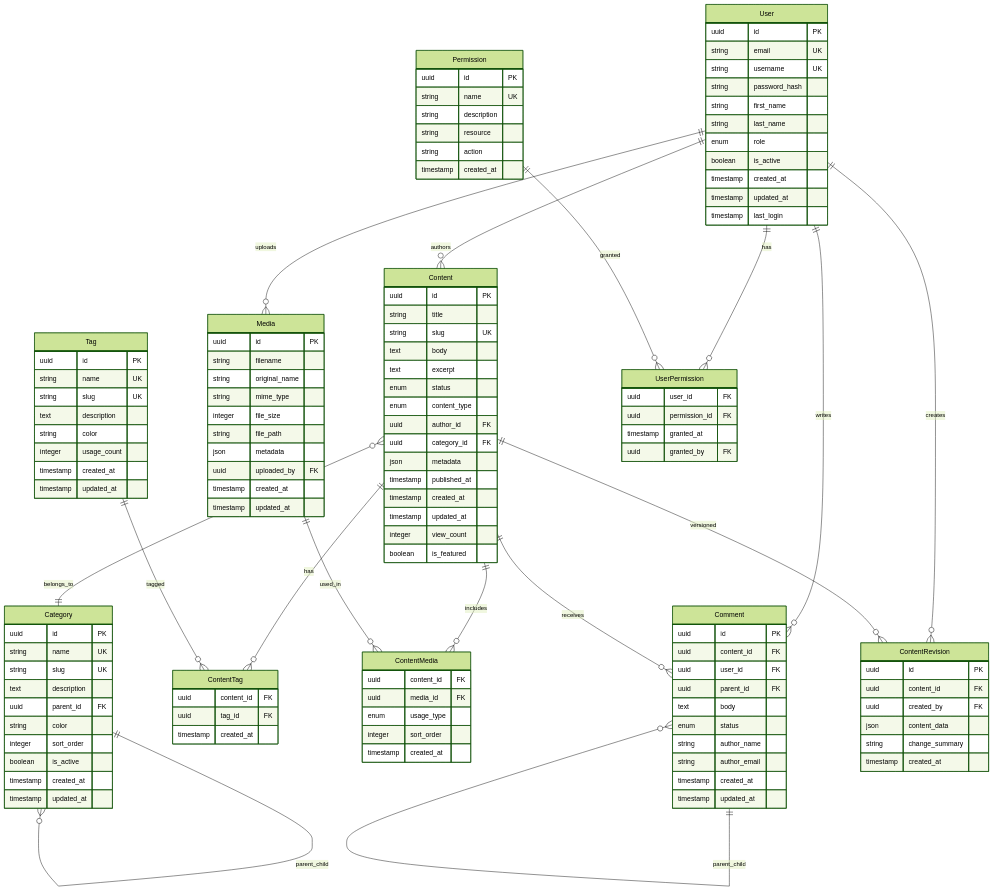
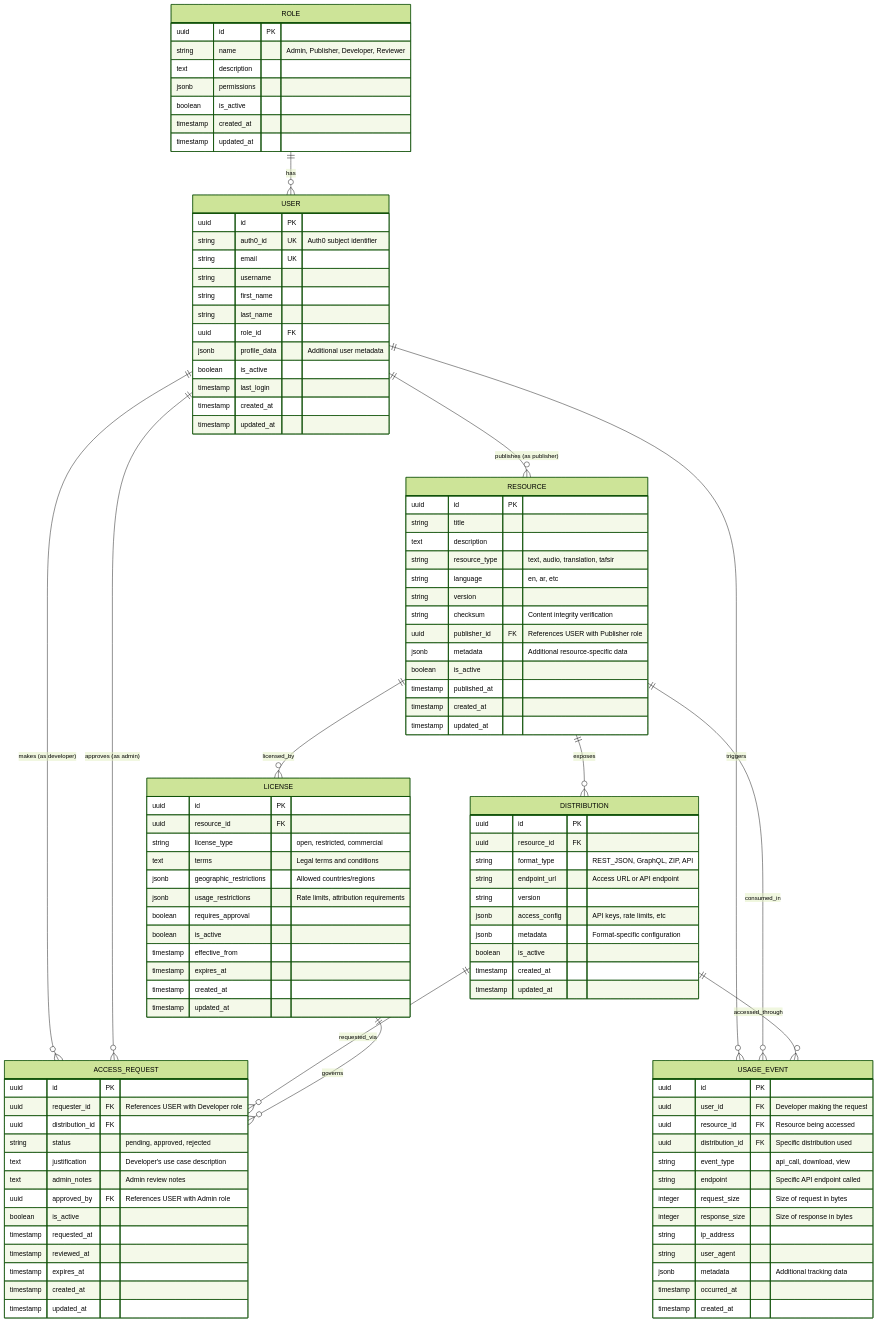
The diagram in docs/diagrams/level4-data-models.md (Itqan-community/cms-backend), drawn with Mermaid (forest theme) before and after one commit. The commit also changed other lines of this file and 109 other files, not shown here.

````diff
--- a/docs/diagrams/level4-data-models.md
+++ b/docs/diagrams/level4-data-models.md
@@ -6,149 +6,121 @@
 ```mermaid
 erDiagram
-    %% Core Content Entities
-    User {
+    %% Core Entities matching high-level-db-components-relationship.png
+    
+    ROLE {
         uuid id PK
-        string email UK
-        string username UK
-        string password_hash
-        string first_name
-        string last_name
-        enum role
-        boolean is_active
-        timestamp created_at
-        timestamp updated_at
-        timestamp last_login
-    }
-    
-    Content {
-        uuid id PK
-        string title
-        string slug UK
-        text body
-        text excerpt
-        enum status
-        enum content_type
-        uuid author_id FK
-        uuid category_id FK
-        json metadata
-        timestamp published_at
-        timestamp created_at
-        timestamp updated_at
-        integer view_count
-        boolean is_featured
-    }
-    
-    Category {
-        uuid id PK
-        string name UK
-        string slug UK
+        string name "Admin, Publisher, Developer, Reviewer"
         text description
-        uuid parent_id FK
-        string color
-        integer sort_order
+        jsonb permissions
         boolean is_active
         timestamp created_at
         timestamp updated_at
     }
     
-    Tag {
+    USER {
         uuid id PK
-        string name UK
-        string slug UK
-        text description
-        string color
-        integer usage_count
+        string auth0_id UK "Auth0 subject identifier"
+        string email UK
+        string username
+        string first_name
+        string last_name
+        uuid role_id FK
+        jsonb profile_data "Additional user metadata"
+        boolean is_active
+        timestamp last_login
         timestamp created_at
         timestamp updated_at
     }
     
-    ContentTag {
-        uuid content_id FK
-        uuid tag_id FK
-        timestamp created_at
-    }
-    
-    Media {
+    RESOURCE {
         uuid id PK
-        string filename
-        string original_name
-        string mime_type
-        integer file_size
-        string file_path
-        json metadata
-        uuid uploaded_by FK
+        string title
+        text description
+        string resource_type "text, audio, translation, tafsir"
+        string language "en, ar, etc"
+        string version
+        string checksum "Content integrity verification"
+        uuid publisher_id FK "References USER with Publisher role"
+        jsonb metadata "Additional resource-specific data"
+        boolean is_active
+        timestamp published_at
         timestamp created_at
         timestamp updated_at
     }
     
-    ContentMedia {
-        uuid content_id FK
-        uuid media_id FK
-        enum usage_type
-        integer sort_order
-        timestamp created_at
-    }
-    
-    Comment {
+    LICENSE {
         uuid id PK
-        uuid content_id FK
-        uuid user_id FK
-        uuid parent_id FK
-        text body
-        enum status
-        string author_name
-        string author_email
+        uuid resource_id FK
+        string license_type "open, restricted, commercial"
+        text terms "Legal terms and conditions"
+        jsonb geographic_restrictions "Allowed countries/regions"
+        jsonb usage_restrictions "Rate limits, attribution requirements"
+        boolean requires_approval
+        boolean is_active
+        timestamp effective_from
+        timestamp expires_at
         timestamp created_at
         timestamp updated_at
     }
     
-    ContentRevision {
+    DISTRIBUTION {
         uuid id PK
-        uuid content_id FK
-        uuid created_by FK
-        json content_data
-        string change_summary
+        uuid resource_id FK
+        string format_type "REST_JSON, GraphQL, ZIP, API"
+        string endpoint_url "Access URL or API endpoint"
+        string version
+        jsonb access_config "API keys, rate limits, etc"
+        jsonb metadata "Format-specific configuration"
+        boolean is_active
+        timestamp created_at
+        timestamp updated_at
+    }
+    
+    ACCESS_REQUEST {
+        uuid id PK
+        uuid requester_id FK "References USER with Developer role"
+        uuid distribution_id FK
+        string status "pending, approved, rejected"
+        text justification "Developer's use case description"
+        text admin_notes "Admin review notes"
+        uuid approved_by FK "References USER with Admin role"
+        boolean is_active
+        timestamp requested_at
+        timestamp reviewed_at
+        timestamp expires_at
+        timestamp created_at
+        timestamp updated_at
+    }
+    
+    USAGE_EVENT {
+        uuid id PK
+        uuid user_id FK "Developer making the request"
+        uuid resource_id FK "Resource being accessed"
+        uuid distribution_id FK "Specific distribution used"
+        string event_type "api_call, download, view"
+        string endpoint "Specific API endpoint called"
+        integer request_size "Size of request in bytes"
+        integer response_size "Size of response in bytes"
+        string ip_address
+        string user_agent
+        jsonb metadata "Additional tracking data"
+        timestamp occurred_at
         timestamp created_at
     }
+
+    %% Relationships - Exactly matching the ER diagram
+    ROLE ||--o{ USER : "has"
+    USER ||--o{ RESOURCE : "publishes (as publisher)"
+    USER ||--o{ ACCESS_REQUEST : "makes (as developer)"
+    USER ||--o{ ACCESS_REQUEST : "approves (as admin)"
+    USER ||--o{ USAGE_EVENT : "triggers"
     
-    Permission {
-        uuid id PK
-        string name UK
-        string description
-        string resource
-        string action
-        timestamp created_at
-    }
+    RESOURCE ||--o{ LICENSE : "licensed_by"
+    RESOURCE ||--o{ DISTRIBUTION : "exposes"
+    RESOURCE ||--o{ USAGE_EVENT : "consumed_in"
     
-    UserPermission {
-        uuid user_id FK
-        uuid permission_id FK
-        timestamp granted_at
-        uuid granted_by FK
-    }
+    DISTRIBUTION ||--o{ ACCESS_REQUEST : "requested_via"
+    DISTRIBUTION ||--o{ USAGE_EVENT : "accessed_through"
     
-
-    
-    %% Relationships
-    User ||--o{ Content : "authors"
-    User ||--o{ Media : "uploads"
-    User ||--o{ Comment : "writes"
-    User ||--o{ ContentRevision : "creates"
-    User ||--o{ UserPermission : "has"
-    
-    Content ||--o{ ContentTag : "has"
-    Content ||--o{ ContentMedia : "includes"
-    Content ||--o{ Comment : "receives"
-    Content ||--o{ ContentRevision : "versioned"
-    Content }o--|| Category : "belongs_to"
-    
-    Category ||--o{ Category : "parent_child"
-    
-    Tag ||--o{ ContentTag : "tagged"
-    
-    Media ||--o{ ContentMedia : "used_in"
-    
-    Comment ||--o{ Comment : "parent_child"
-    
-    Permission ||--o{ UserPermission : "granted"
+    LICENSE ||--o{ ACCESS_REQUEST : "governs"
 ```
````
